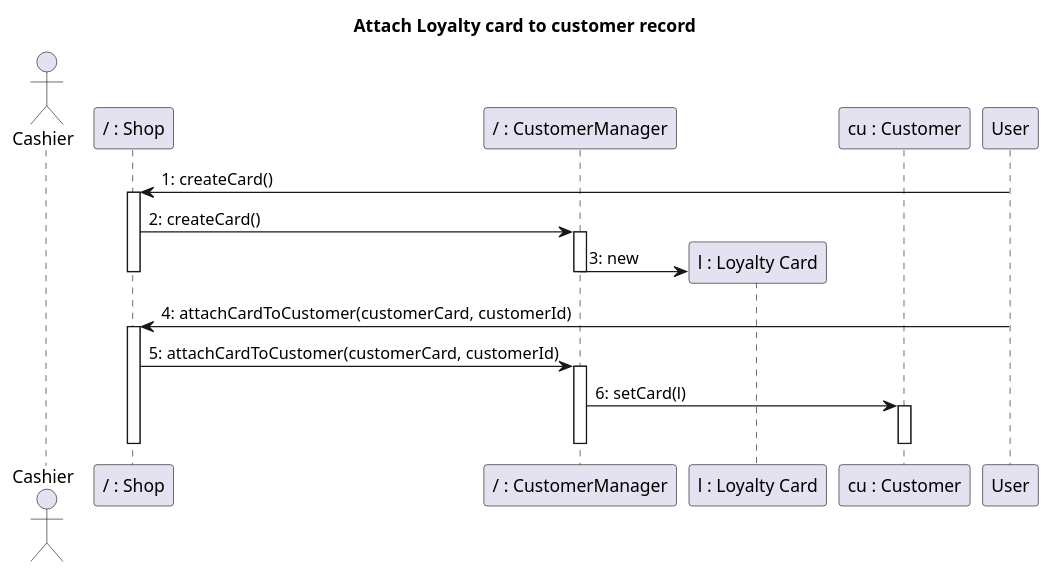
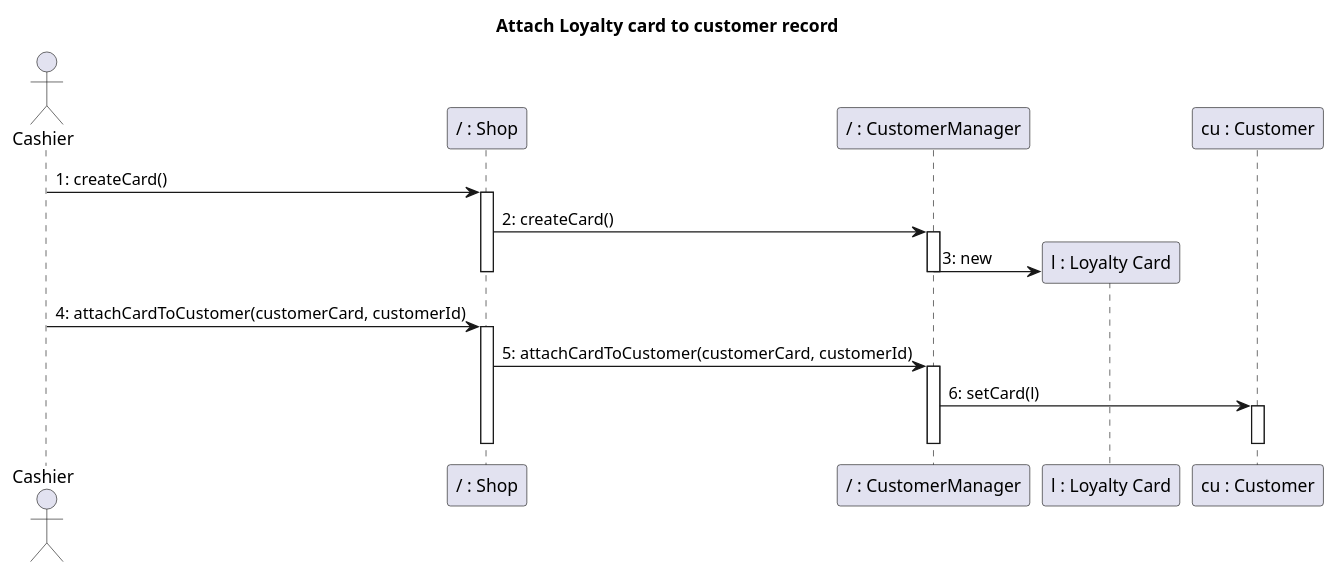
Diagram 13 of 32 in Deliverables/DesignDocument.md (nicolabattaglino/ezshop), drawn with PlantUML before and after one commit. The commit also changed other lines of this file, not shown here.

Commit message:
changes in seq. diagrams

````diff
--- a/Deliverables/DesignDocument.md
+++ b/Deliverables/DesignDocument.md
@@ -671,31 +670,31 @@
 ```plantuml
 @startuml
 
 title Attach Loyalty card to customer record
 actor Cashier
 participant "/ : Shop" as Shop
 participant "/ : CustomerManager" as CustomerManager
 participant "l : Loyalty Card" as LoyaltyCard
 participant "cu : Customer" as Customer
 
-User -> Shop: 1: createCard()
+Cashier -> Shop: 1: createCard()
 activate Shop
 Shop -> CustomerManager: 2: createCard()
 activate CustomerManager
 create LoyaltyCard
 CustomerManager -> LoyaltyCard: 3: new
 deactivate CustomerManager
 deactivate Shop
 
-User -> Shop: 4: attachCardToCustomer(customerCard, customerId) 
+Cashier -> Shop: 4: attachCardToCustomer(customerCard, customerId) 
 activate Shop
 Shop -> CustomerManager: 5: attachCardToCustomer(customerCard, customerId)
 activate CustomerManager
 CustomerManager -> Customer: 6: setCard(l)
 activate Customer
 deactivate Customer
 deactivate CustomerManager
 deactivate Shop
 
 @enduml
 ```
````
